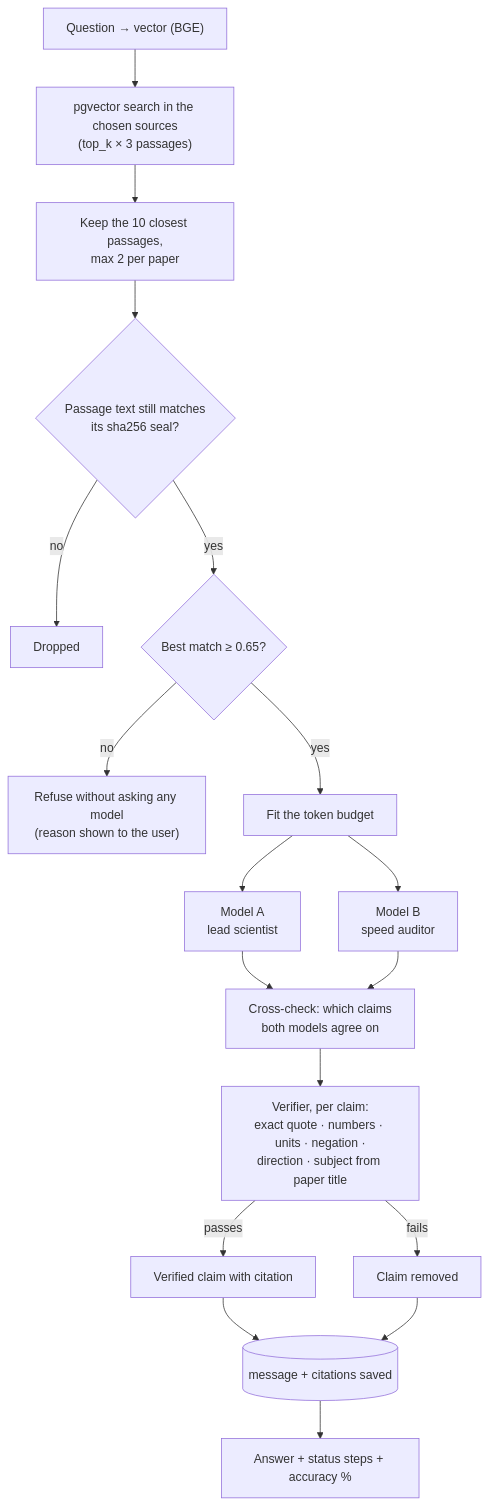
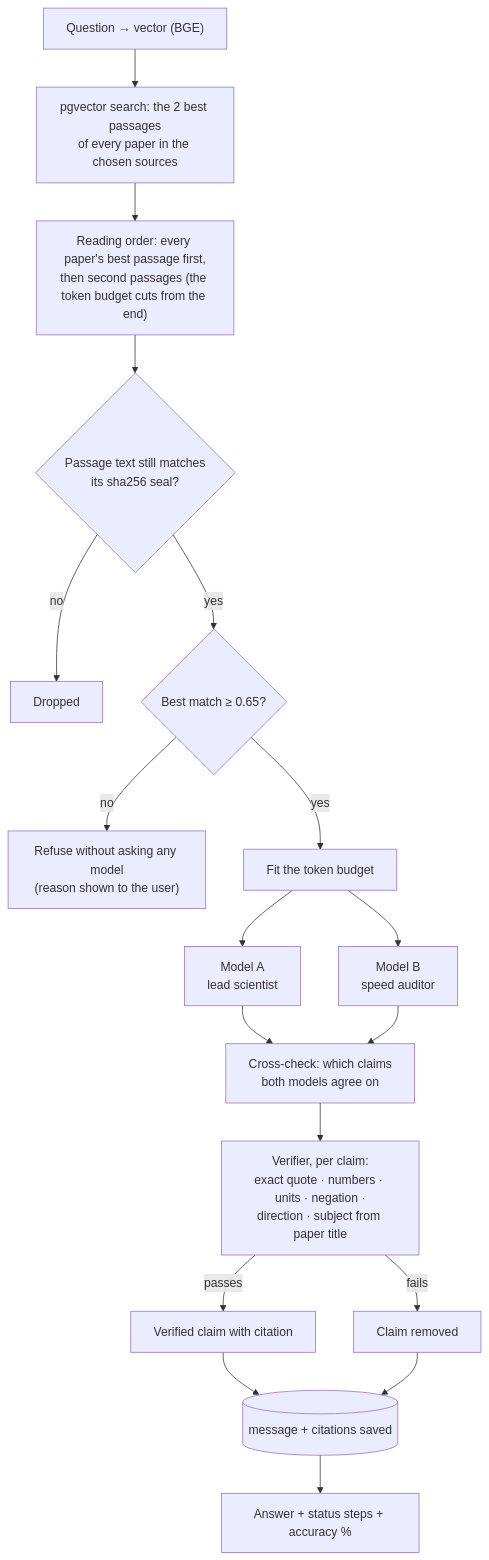
One commit to Keycodes-stack/research-workspace changed the fifth of 6 diagrams in research-workspace/flow.md. Above: the diagram before and after it, drawn with Mermaid. The commit also changed 13 other files, not shown here.

First line of the commit message:
Ask: models read every paper, answer partial questions, second look, looser judge, clearer errors

````diff
--- a/research-workspace/flow.md
+++ b/research-workspace/flow.md
@@ -110,20 +110,20 @@
 ```mermaid
 flowchart TD
-    V["Question → vector (BGE)"] --> RET["pgvector search in the chosen sources<br/>(top_k × 3 passages)"]
-    RET --> DIV["Keep the 10 closest passages,<br/>max 2 per paper"]
+    V["Question → vector (BGE)"] --> RET["pgvector search: the 2 best passages<br/>of every paper in the chosen sources"]
+    RET --> DIV["Reading order: every paper's best passage first,<br/>then second passages (the token budget cuts from the end)"]
     DIV --> SEAL{"Passage text still matches<br/>its sha256 seal?"}
     SEAL -->|no| DROP["Dropped"]
     SEAL -->|yes| GATE{"Best match ≥ 0.65?"}
     GATE -->|no| REF["Refuse without asking any model<br/>(reason shown to the user)"]
     GATE -->|yes| BUD["Fit the token budget"]
     BUD --> MA["Model A<br/>lead scientist"]
     BUD --> MB["Model B<br/>speed auditor"]
     MA --> X["Cross-check: which claims<br/>both models agree on"]
     MB --> X
     X --> VER["Verifier, per claim:<br/>exact quote · numbers · units · negation ·<br/>direction · subject from paper title"]
     VER -->|fails| PURGE["Claim removed"]
     VER -->|passes| KEEP["Verified claim with citation"]
     KEEP --> SAVE[("message + citations saved")]
     PURGE --> SAVE
     SAVE --> RESP["Answer + status steps + accuracy %"]
 ```
````
